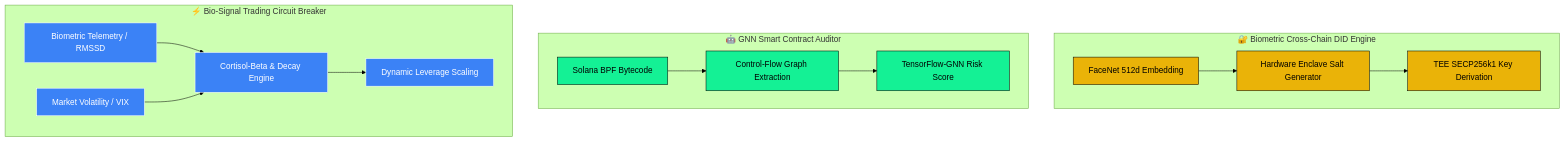
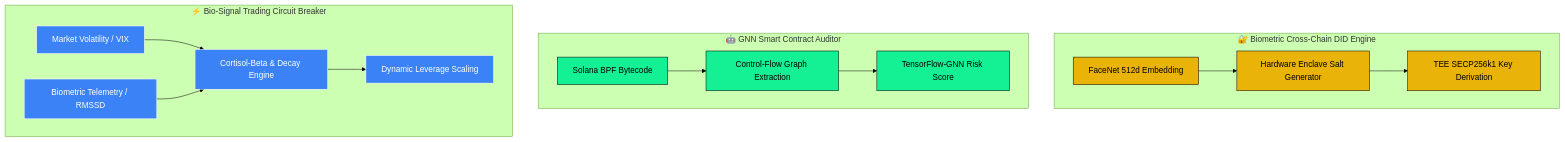
The diagram in README.md (pikum06/pikum06), drawn with Mermaid (forest theme) before and after one commit.

Commit message:
Swap order of inputs in Bio-Signal Trading diagram

````diff
--- a/README.md
+++ b/README.md
@@ -49,30 +49,30 @@
 ```mermaid
 graph TD
     subgraph P1 ["🔐 Biometric Cross-Chain DID Engine"]
         A1[FaceNet 512d Embedding] --> B1[Hardware Enclave Salt Generator] --> C1[TEE SECP256k1 Key Derivation]
     end
 
     subgraph P2 ["🤖 GNN Smart Contract Auditor"]
         A2[Solana BPF Bytecode] --> B2[Control-Flow Graph Extraction] --> C2[TensorFlow-GNN Risk Score]
     end
 
     subgraph P3 ["⚡ Bio-Signal Trading Circuit Breaker"]
-        A3[Biometric Telemetry / RMSSD] & A4[Market Volatility / VIX] --> B3[Cortisol-Beta & Decay Engine] --> C3[Dynamic Leverage Scaling]
+        A3[Market Volatility / VIX] & A4[Biometric Telemetry / RMSSD] --> B3[Cortisol-Beta & Decay Engine] --> C3[Dynamic Leverage Scaling]
     end
 
     %% 🟡 1st: Biometric Cross-Chain DID Engine (Yellow)
     style A1 fill:#eab308,stroke:#000,color:#000
     style B1 fill:#eab308,stroke:#000,color:#000
     style C1 fill:#eab308,stroke:#000,color:#000
 
     %% 🟢 2nd: GNN Smart Contract Auditor (Green)
     style A2 fill:#14f195,stroke:#000,color:#000
     style B2 fill:#14f195,stroke:#000,color:#000
     style C2 fill:#14f195,stroke:#000,color:#000
 
     %% 🔵 3rd: Bio-Signal Circuit Breaker (Blue)
     style A3 fill:#3b82f6,stroke:#fff,color:#fff
     style A4 fill:#3b82f6,stroke:#fff,color:#fff
     style B3 fill:#3b82f6,stroke:#fff,color:#fff
     style C3 fill:#3b82f6,stroke:#fff,color:#fff
 ```
````
